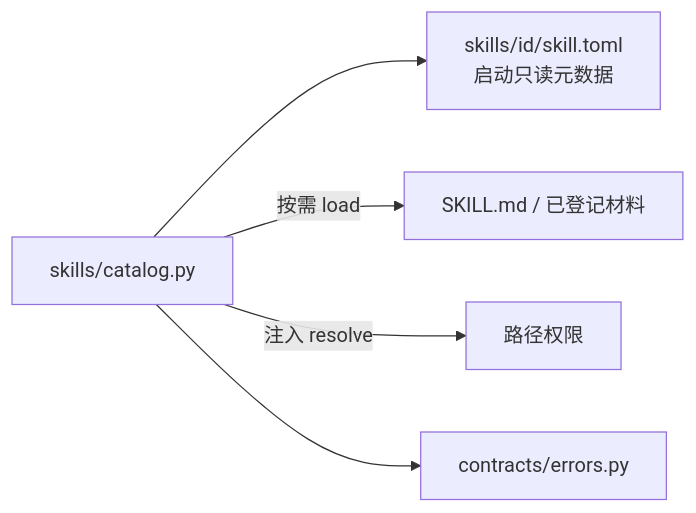
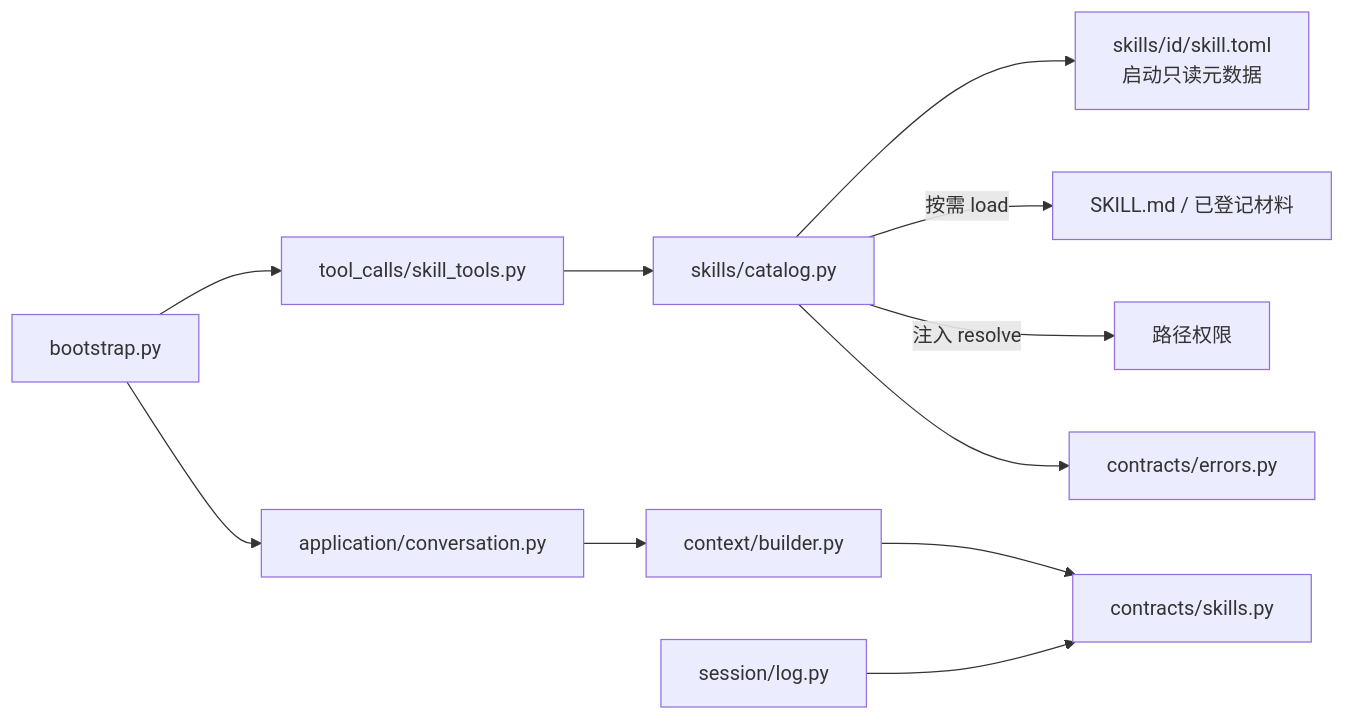
One commit to Plvltra/AdamAgent changed the second of 10 diagrams in docs/architecture.md. Above: the diagram before and after it, drawn with Mermaid. The commit also changed other lines of this file and 26 other files, not shown here.

```diff
--- a/docs/architecture.md
+++ b/docs/architecture.md
@@ -42,7 +42,13 @@
 ~~~mermaid
 flowchart LR
+    BOOT["bootstrap.py"] --> TOOL["tool_calls/skill_tools.py"]
+    TOOL --> CAT["skills/catalog.py"]
+    BOOT --> CONV["application/conversation.py"]
+    CONV --> BUILDER["context/builder.py"]
+    BUILDER --> CONTRACT["contracts/skills.py"]
+    LOG["session/log.py"] --> CONTRACT
     CAT["skills/catalog.py"] --> META["skills/id/skill.toml<br/>启动只读元数据"]
     CAT -->|按需 load| BODY["SKILL.md / 已登记材料"]
     CAT -->|注入 resolve| POLICY["路径权限"]
     CAT --> ERR["contracts/errors.py"]
 ~~~
```
